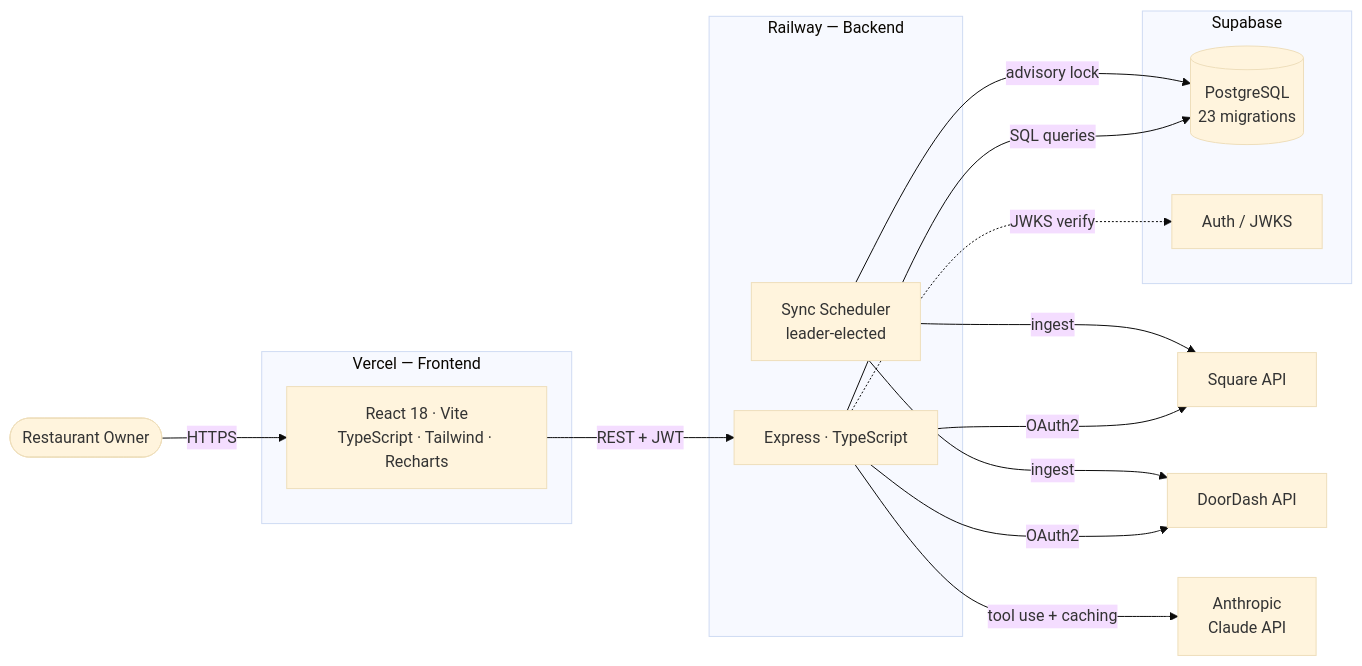
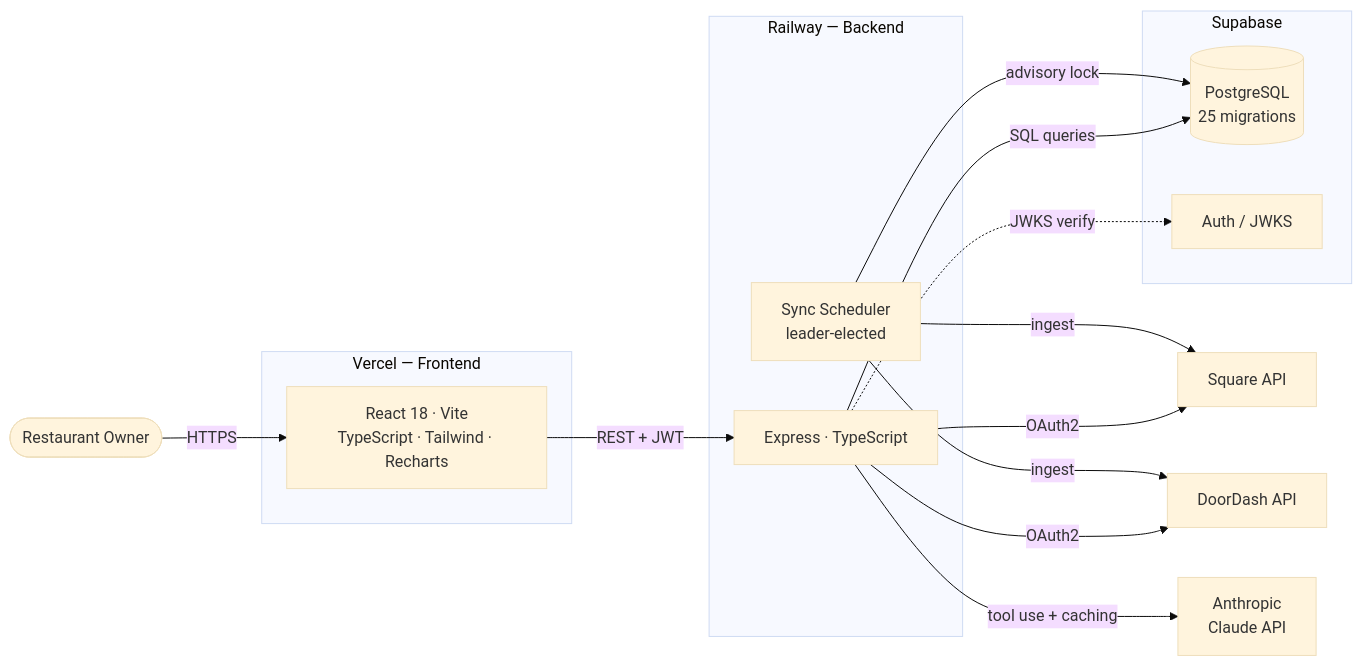
The first of 3 diagrams in README.md (dy1an-nt/RestaurantIq), drawn with Mermaid (base theme) before and after one commit. The commit also changed other lines of this file and 59 other files, not shown here.

````diff
--- a/README.md
+++ b/README.md
@@ -40,33 +40,33 @@
 ```mermaid
 graph LR
     User(["Restaurant Owner"])
 
     subgraph Vercel["Vercel — Frontend"]
         React["React 18 · Vite\nTypeScript · Tailwind · Recharts"]
     end
 
     subgraph Railway["Railway — Backend"]
         Express["Express · TypeScript"]
         Scheduler["Sync Scheduler\nleader-elected"]
     end
 
     subgraph Supabase["Supabase"]
-        Postgres[("PostgreSQL\n23 migrations")]
+        Postgres[("PostgreSQL\n25 migrations")]
         Auth["Auth / JWKS"]
     end
 
     Square["Square API"]
     DoorDash["DoorDash API"]
     Claude["Anthropic\nClaude API"]
 
     User -->|HTTPS| React
     React -->|"REST + JWT"| Express
     Express -.->|"JWKS verify"| Auth
     Express -->|"SQL queries"| Postgres
     Express -->|OAuth2| Square
     Express -->|OAuth2| DoorDash
     Express -->|"tool use + caching"| Claude
     Scheduler -->|"advisory lock"| Postgres
     Scheduler -->|ingest| Square
     Scheduler -->|ingest| DoorDash
 ```
````
